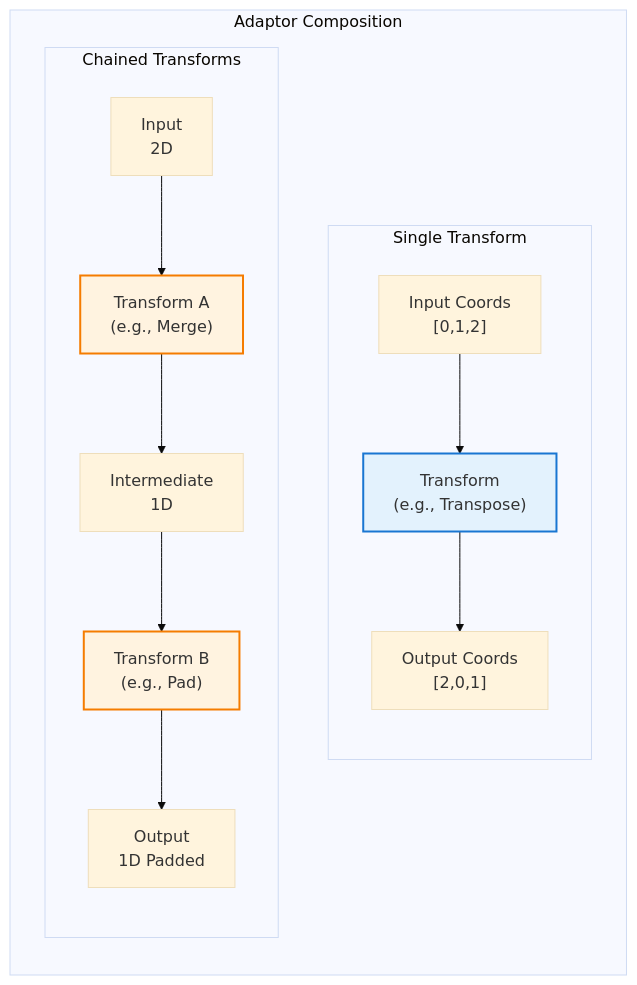
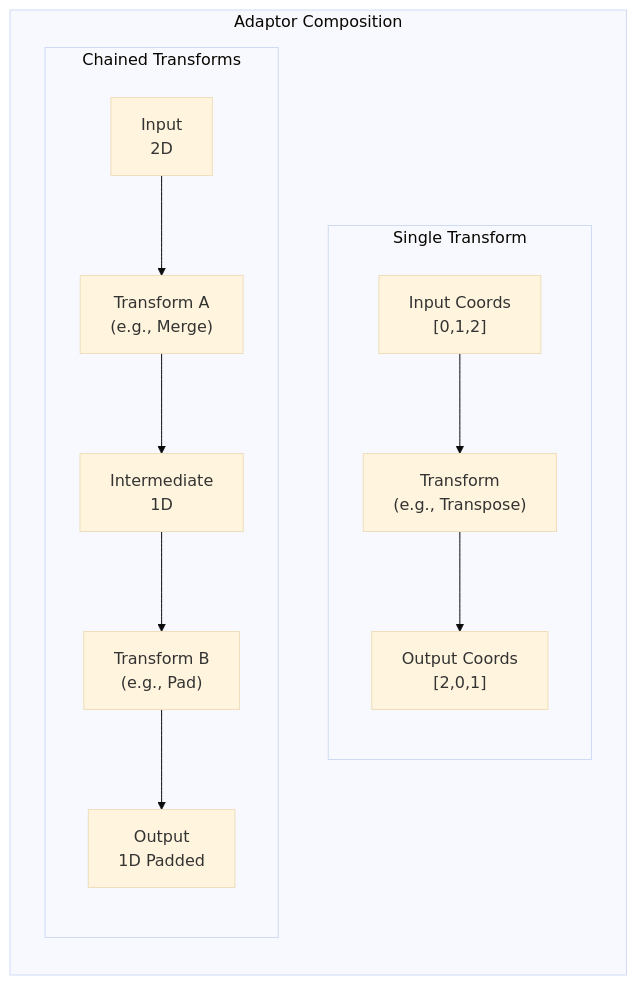
One commit to hdt98/rocm-libraries changed the first of 2 diagrams in projects/composablekernel/docs/conceptual/ck_tile/adaptors.rst. Above: the diagram before and after it, drawn with Mermaid (base theme). The commit also changed other lines of this file and 21 other files, not shown here.

First line of the commit message:
[ck] Updated CK Tile documentation to use mermaid diagrams (#7955)

```diff
--- a/projects/composablekernel/docs/conceptual/ck_tile/adaptors.rst
+++ b/projects/composablekernel/docs/conceptual/ck_tile/adaptors.rst
@@ -24,26 +18,22 @@
-      .. mermaid::
-      
-         graph LR
-             subgraph "Adaptor Composition"
-                 subgraph "Single Transform"
-                     direction TB
-                     I1["Input Coords<br/>[0,1,2]"]
-                     T1["Transform<br/>(e.g., Transpose)"]
-                     O1["Output Coords<br/>[2,0,1]"]
-                     I1 --> T1 --> O1
-                 end
-      
-                 subgraph "Chained Transforms"
-                     direction TB
-                     I2["Input<br/>2D"]
-                     T2A["Transform A<br/>(e.g., Merge)"]
-                     M2["Intermediate<br/>1D"]
-                     T2B["Transform B<br/>(e.g., Pad)"]
-                     O2["Output<br/>1D Padded"]
-                     I2 --> T2A --> M2 --> T2B --> O2
-                 end
-             end
-      
-             style T1 fill:#e3f2fd,stroke:#1976d2,stroke-width:2px
-             style T2A fill:#fff3e0,stroke:#f57c00,stroke-width:2px
-             style T2B fill:#fff3e0,stroke:#f57c00,stroke-width:2px
+.. mermaid::
+
+   graph LR
+       subgraph "Adaptor Composition"
+           subgraph "Single Transform"
+               direction TB
+               I1["Input Coords<br/>[0,1,2]"]
+               T1["Transform<br/>(e.g., Transpose)"]
+               O1["Output Coords<br/>[2,0,1]"]
+               I1 --> T1 --> O1
+           end
+
+           subgraph "Chained Transforms"
+               direction TB
+               I2["Input<br/>2D"]
+               T2A["Transform A<br/>(e.g., Merge)"]
+               M2["Intermediate<br/>1D"]
+               T2B["Transform B<br/>(e.g., Pad)"]
+               O2["Output<br/>1D Padded"]
+               I2 --> T2A --> M2 --> T2B --> O2
+           end
+       end
```
